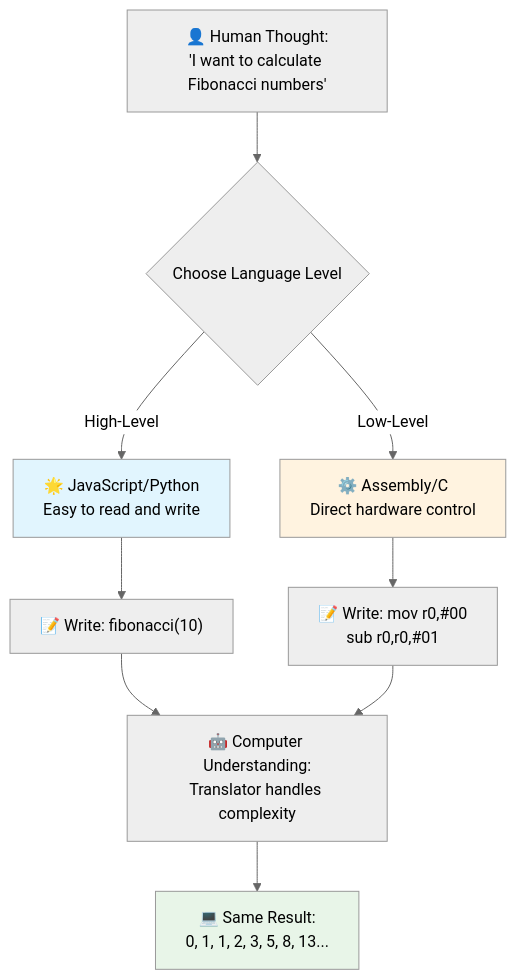
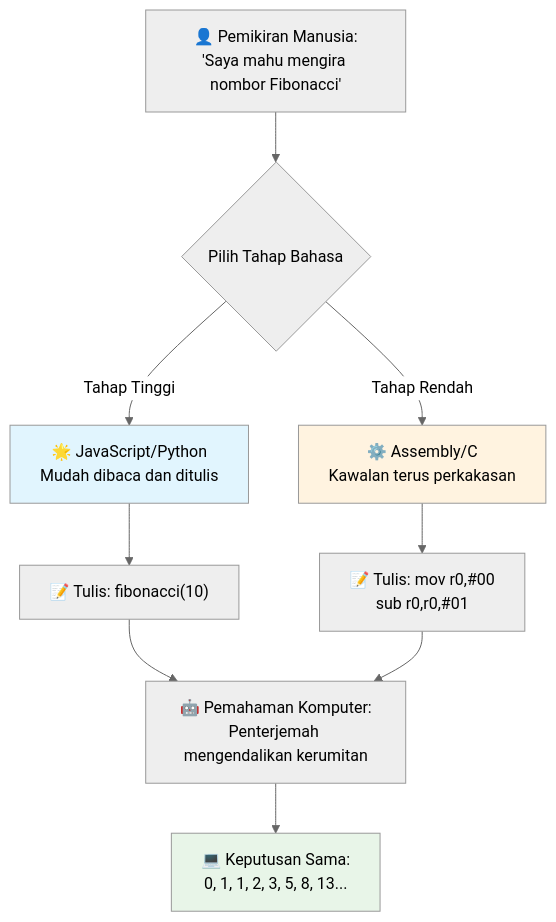
The third of 7 diagrams in translations/ms/1-getting-started-lessons/1-intro-to-programming-languages/README.md (microsoft/Web-Dev-For-Beginners), drawn with Mermaid (neutral theme) before and after one commit. The commit also changed other lines of this file and 11 other files, not shown here.

````diff
--- a/translations/ms/1-getting-started-lessons/1-intro-to-programming-languages/README.md
+++ b/translations/ms/1-getting-started-lessons/1-intro-to-programming-languages/README.md
@@ -149,19 +148,19 @@
 ```mermaid
 flowchart TB
-    A["👤 Human Thought:<br/>'I want to calculate Fibonacci numbers'"] --> B{Choose Language Level}
+    A["👤 Pemikiran Manusia:<br/>'Saya mahu mengira nombor Fibonacci'"] --> B{Pilih Tahap Bahasa}
     
-    B -->|High-Level| C["🌟 JavaScript/Python<br/>Easy to read and write"]
-    B -->|Low-Level| D["⚙️ Assembly/C<br/>Direct hardware control"]
+    B -->|Tahap Tinggi| C["🌟 JavaScript/Python<br/>Mudah dibaca dan ditulis"]
+    B -->|Tahap Rendah| D["⚙️ Assembly/C<br/>Kawalan terus perkakasan"]
     
-    C --> E["📝 Write: fibonacci(10)"]
-    D --> F["📝 Write: mov r0,#00<br/>sub r0,r0,#01"]
+    C --> E["📝 Tulis: fibonacci(10)"]
+    D --> F["📝 Tulis: mov r0,#00<br/>sub r0,r0,#01"]
     
-    E --> G["🤖 Computer Understanding:<br/>Translator handles complexity"]
+    E --> G["🤖 Pemahaman Komputer:<br/>Penterjemah mengendalikan kerumitan"]
     F --> G
     
-    G --> H["💻 Same Result:<br/>0, 1, 1, 2, 3, 5, 8, 13..."]
+    G --> H["💻 Keputusan Sama:<br/>0, 1, 1, 2, 3, 5, 8, 13..."]
     
     style C fill:#e1f5fe
     style D fill:#fff3e0
     style H fill:#e8f5e8
 ```
````
